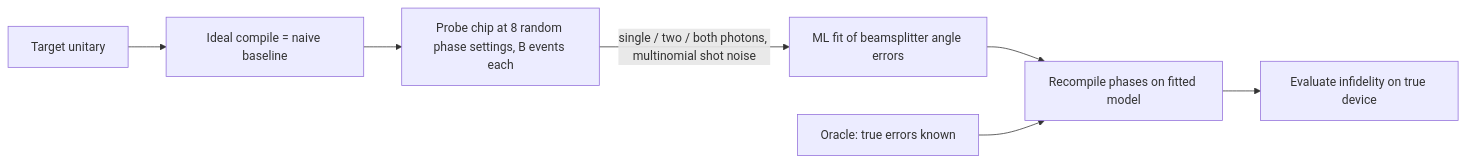
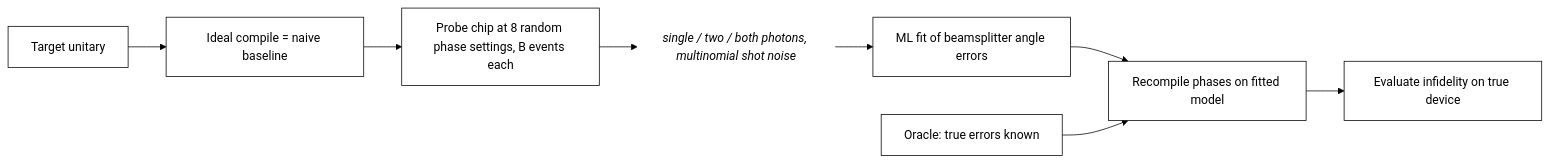
One commit to pradeepdegalaroyal/photonic-mesh-characterisation-photon-budget changed the diagram in README.md. Above: the diagram before and after it, drawn with Mermaid. The commit also changed other lines of this file and 2 other files, not shown here.

Commit message:
Docs: spell out abbreviations at first use; diagram labels beside arrows

````diff
--- a/README.md
+++ b/README.md
@@ -11,9 +11,13 @@
 ```mermaid
+%%{init: {'theme': 'base', 'themeVariables': {'primaryColor': '#ffffff', 'primaryTextColor': '#000000', 'primaryBorderColor': '#000000', 'lineColor': '#000000', 'secondaryColor': '#ffffff', 'tertiaryColor': '#ffffff', 'background': '#ffffff', 'noteBkgColor': '#ffffff', 'noteTextColor': '#000000', 'actorBkg': '#ffffff', 'actorBorder': '#000000', 'actorTextColor': '#000000', 'signalColor': '#000000', 'signalTextColor': '#000000', 'labelBoxBkgColor': '#ffffff', 'labelTextColor': '#000000', 'clusterBkg': '#ffffff', 'clusterBorder': '#000000'}}}%%
 flowchart LR
-  U[Target unitary] --> C[Ideal compile = naive baseline]
-  C --> P[Probe chip at 8 random phase settings, B events each]
-  P -->|single / two / both photons, multinomial shot noise| F[ML fit of beamsplitter angle errors]
-  F --> R[Recompile phases on fitted model]
-  R --> E[Evaluate infidelity on true device]
-  O[Oracle: true errors known] --> R
+  U["Target unitary"] --> C["Ideal compile = naive baseline"]
+  C --> P["Probe chip at 8 random phase settings, B events each"]
+  P --> EL1["single / two / both photons, multinomial shot noise"]
+  EL1 --> F["ML fit of beamsplitter angle errors"]
+  F --> R["Recompile phases on fitted model"]
+  R --> E["Evaluate infidelity on true device"]
+  O["Oracle: true errors known"] --> R
+  classDef lbl fill:#ffffff,stroke:#ffffff,color:#000000,font-style:italic;
+  class EL1 lbl;
 ```
````
